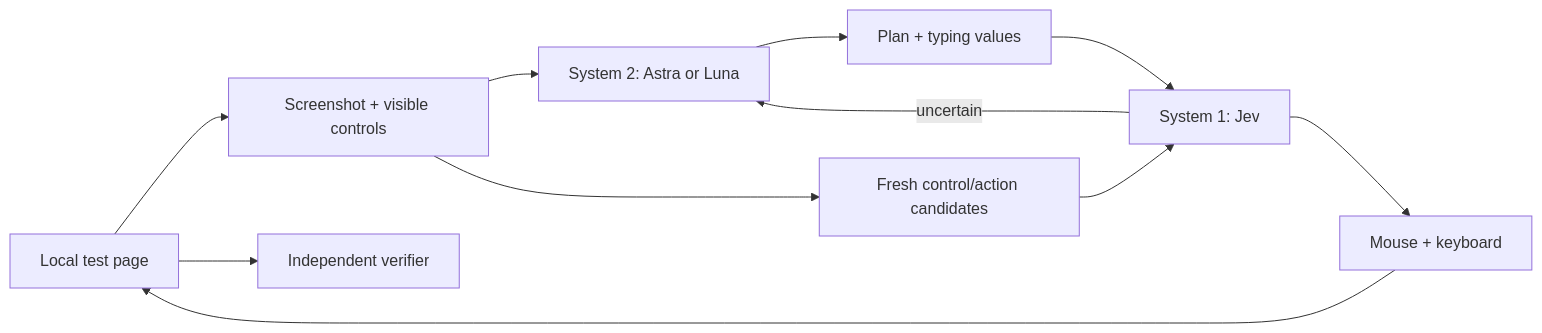
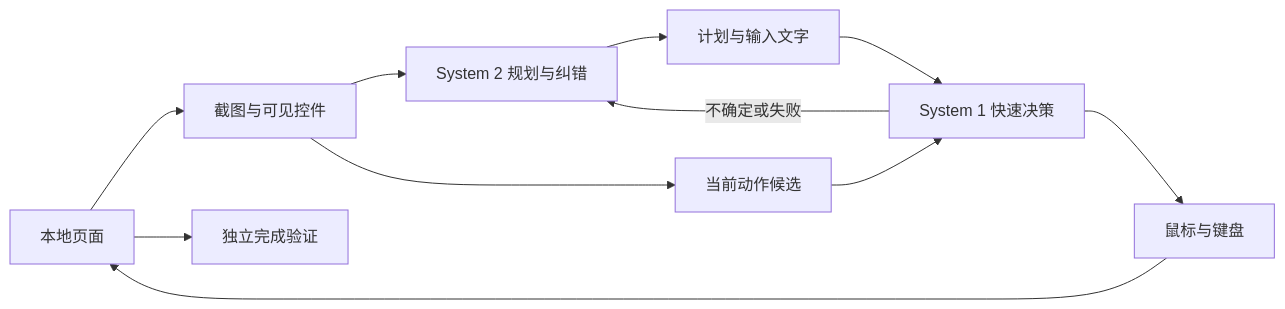
The diagram in README.md (xut1021/actstride), drawn with Mermaid before and after one commit. The commit also changed other lines of this file and 14 other files, not shown here.

````diff
--- a/README.md
+++ b/README.md
@@ -57,13 +41,13 @@
 ```mermaid
 flowchart LR
-  Page[Local test page] --> Observe[Screenshot + visible controls]
-  Observe --> Luna[System 2: Astra or Luna]
-  Luna --> Plan[Plan + typing values]
-  Observe --> Candidates[Fresh control/action candidates]
-  Plan --> Jev[System 1: Jev]
-  Candidates --> Jev
-  Jev --> Act[Mouse + keyboard]
-  Jev -->|uncertain| Luna
-  Act --> Page
-  Page --> Verify[Independent verifier]
+  Page[本地页面] --> Observe[截图与可见控件]
+  Observe --> Planner[System 2 规划与纠错]
+  Planner --> Plan[计划与输入文字]
+  Observe --> Choices[当前动作候选]
+  Plan --> Fast[System 1 快速决策]
+  Choices --> Fast
+  Fast --> Execute[鼠标与键盘]
+  Execute --> Page
+  Fast -->|不确定或失败| Planner
+  Page --> Verify[独立完成验证]
 ```
````
